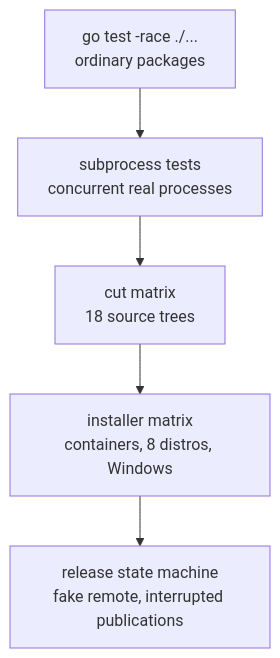
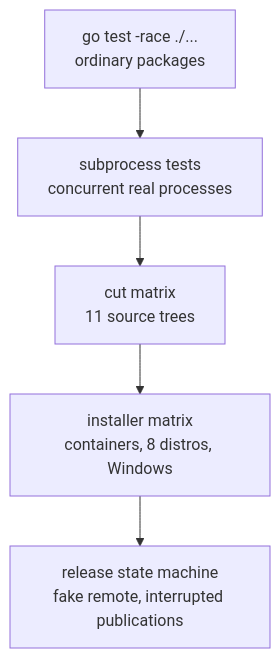
Before and after one commit to Data-Corruption/Sprout: the fourth of 4 diagrams in docs/content/docs/architecture.md, drawn with Mermaid. The commit also changed other lines of this file and 44 other files, not shown here.

````diff
--- a/docs/content/docs/architecture.md
+++ b/docs/content/docs/architecture.md
@@ -414,7 +417,7 @@
 ```mermaid
 flowchart TB
   unit["go test -race ./...<br>ordinary packages"] --> multi["subprocess tests<br>concurrent real processes"]
-  multi --> matrix["cut matrix<br>18 source trees"]
+  multi --> matrix["cut matrix<br>11 source trees"]
   matrix --> install["installer matrix<br>containers, 8 distros, Windows"]
   install --> release["release state machine<br>fake remote, interrupted publications"]
 ```
````
